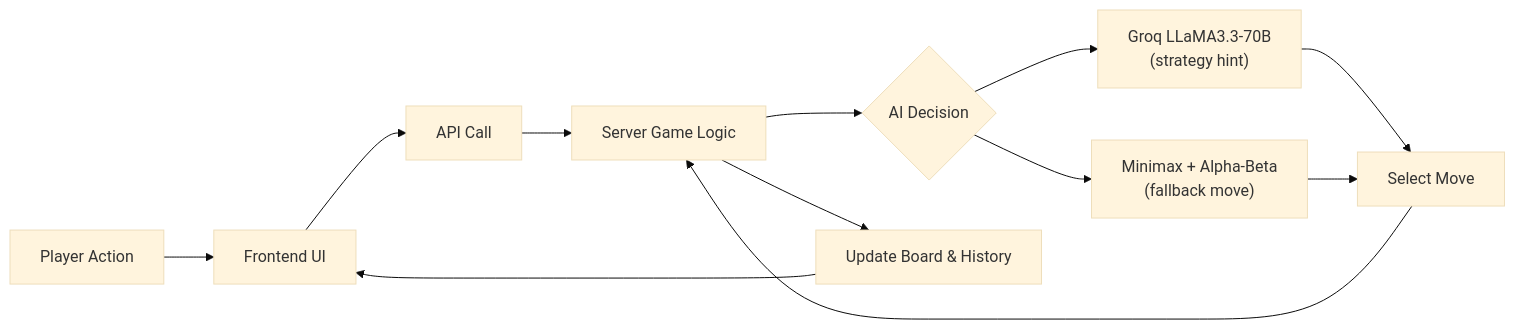
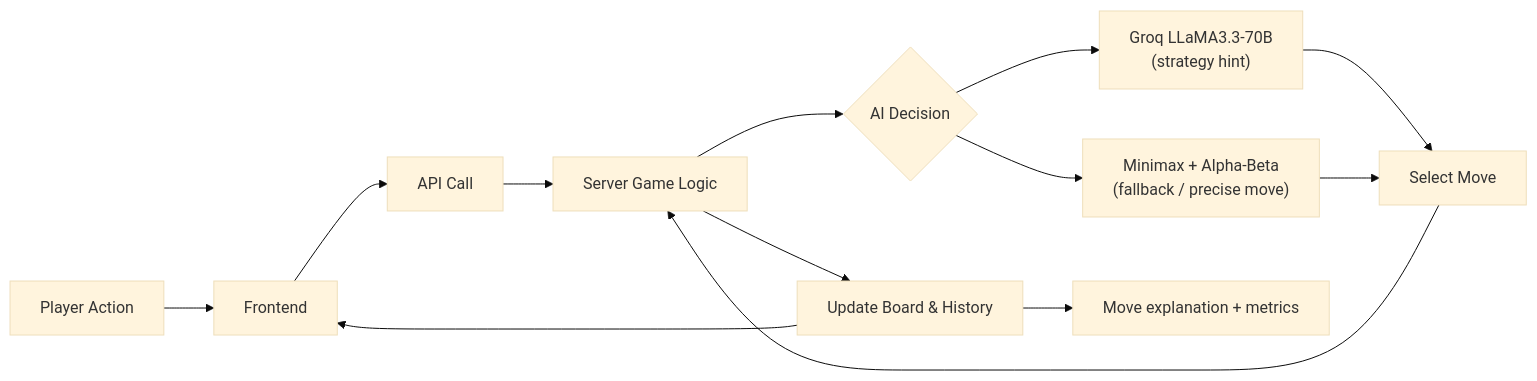
Before and after one commit to dharani25007-code/CODSOFT: the second of 5 diagrams in README.md, drawn with Mermaid (base theme). The commit also changed other lines of this file and 5 other files, not shown here.

````diff
--- a/README.md
+++ b/README.md
@@ -129,14 +132,15 @@
 ```mermaid
 flowchart LR
-    P["Player Action"] --> F["Frontend UI"]
+    P["Player Action"] --> F[Frontend]
     F --> API["API Call"]
     API --> S["Server Game Logic"]
     S --> AI{AI Decision}
     AI --> GReq["Groq LLaMA3.3-70B<br>(strategy hint)"]
-    AI --> Minimax["Minimax + Alpha-Beta<br>(fallback move)"]
+    AI --> Minimax["Minimax + Alpha-Beta<br>(fallback / precise move)"]
     GReq --> Move["Select Move"]
     Minimax --> Move
     Move --> S
     S --> State["Update Board & History"]
     State --> F
+    State --> Analytics["Move explanation + metrics"]
 ```
````
